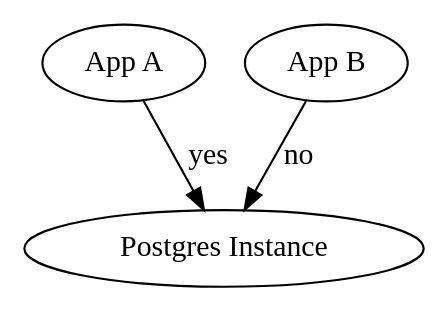
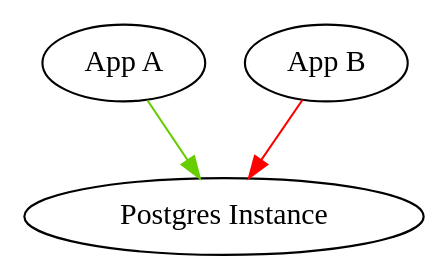
One commit to caseywatts/graphviz-tutorial changed the diagram in example.dot. Above: the diagram before and after it, drawn with Graphviz. The commit also changed 1 other file, not shown here.

```diff
--- a/example.dot
+++ b/example.dot
@@ -1,4 +1,4 @@
 digraph G {
-    "App A" -> "Postgres Instance" [label="yes"]
-    "App B" -> "Postgres Instance" [label="no"]
+    "App A" -> "Postgres Instance" [color=chartreuse3]
+    "App B" -> "Postgres Instance" [color=red]
 }
```
